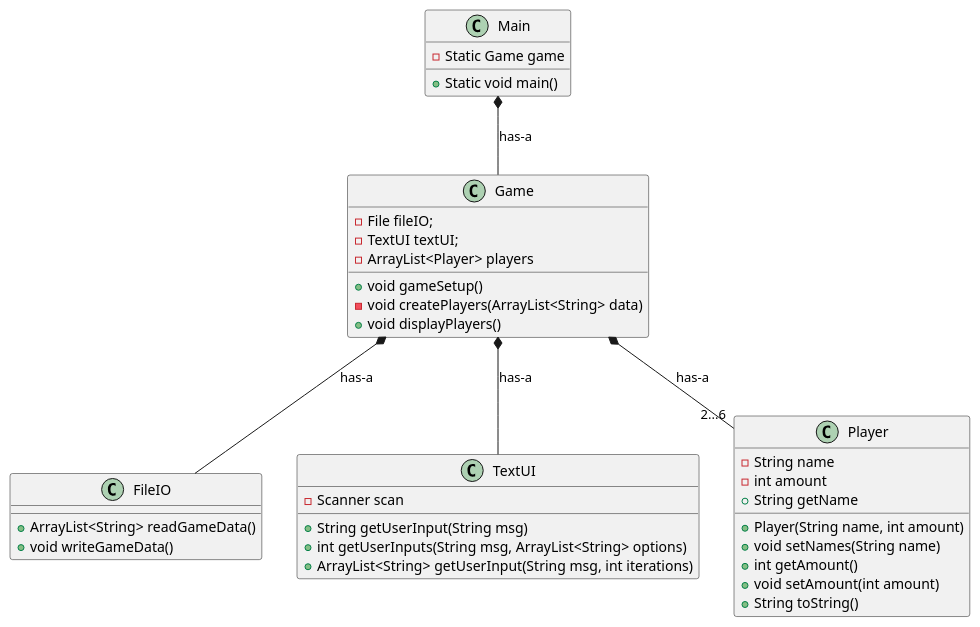
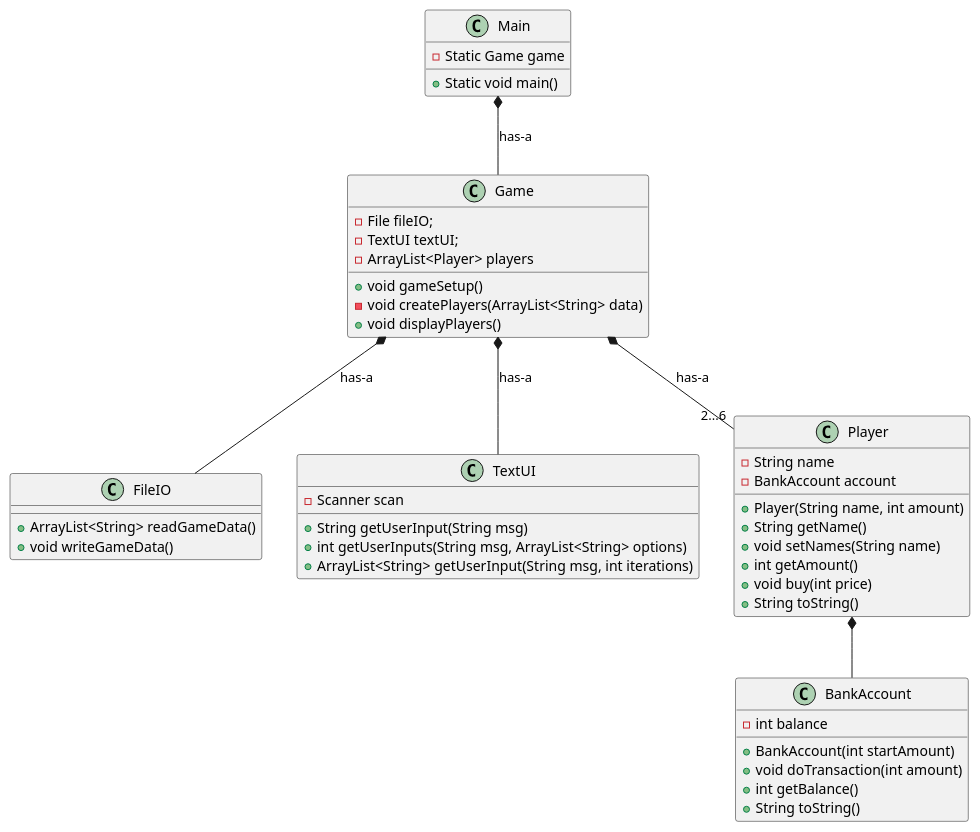
Before and after one commit to HeinLarsen/monopoly: the diagram in Documentation/classdiagram_v1.0.puml, drawn with PlantUML. The commit also changed 7 other files, not shown here.

```diff
--- a/Documentation/classdiagram_v1.0.puml
+++ b/Documentation/classdiagram_v1.0.puml
@@ -1,40 +1,49 @@
 @startuml
 class Game
 class Main
 class FileIO
 class TextUI
 class Player
+class BankAccount
 
 Main : - Static Game game
 Main : + Static void main()
 
 Game : - File fileIO;
 Game : - TextUI textUI;
 Game : - ArrayList<Player> players
 Game : + void gameSetup()
 Game : - void createPlayers(ArrayList<String> data)
 Game : + void displayPlayers()
 
 FileIO : + ArrayList<String> readGameData()
 FileIO : + void writeGameData()
 
 TextUI : + String getUserInput(String msg)
 TextUI : + int getUserInputs(String msg, ArrayList<String> options)
 TextUI : + ArrayList<String> getUserInput(String msg, int iterations)
 TextUI : - Scanner scan
 
 Player : - String name
-Player : - int amount
-Player : + String getName
+Player : - BankAccount account
 Player : + Player(String name, int amount)
+Player : + String getName()
 Player : + void setNames(String name)
 Player : + int getAmount()
-Player : + void setAmount(int amount)
+Player : + void buy(int price)
 Player : + String toString()
+
+BankAccount : - int balance
+BankAccount : + BankAccount(int startAmount)
+BankAccount : + void doTransaction(int amount)
+BankAccount : + int getBalance()
+BankAccount : + String toString()
+
 
 Main *-- Game : has-a
 Game *-- FileIO : has-a
 Game *-- "2...6" Player : has-a
 Game *-- TextUI : has-a
+Player *-- BankAccount
 
 @enduml
```
